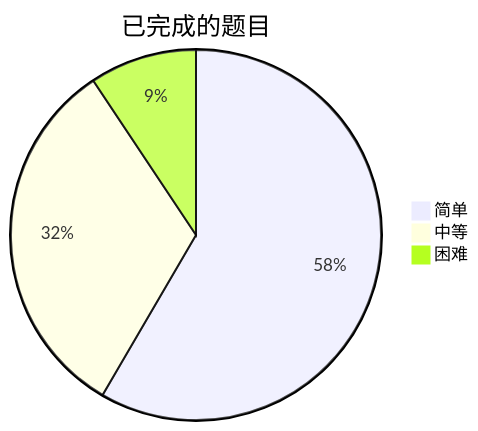
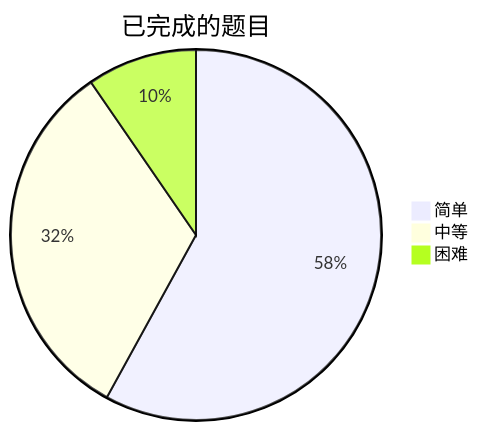
One commit to kaisa911/LeetCode changed the diagram in README.md. Above: the diagram before and after it, drawn with Mermaid. The commit also changed other lines of this file and 5 other files, not shown here.

````diff
--- a/README.md
+++ b/README.md
@@ -8,7 +8,7 @@
 ```mermaid
 pie title 已完成的题目
-    "简单" : 125
-    "中等" : 69
-    "困难" : 20
+    "简单" : 127
+    "中等" : 71
+    "困难" : 21
 
 ```
````
